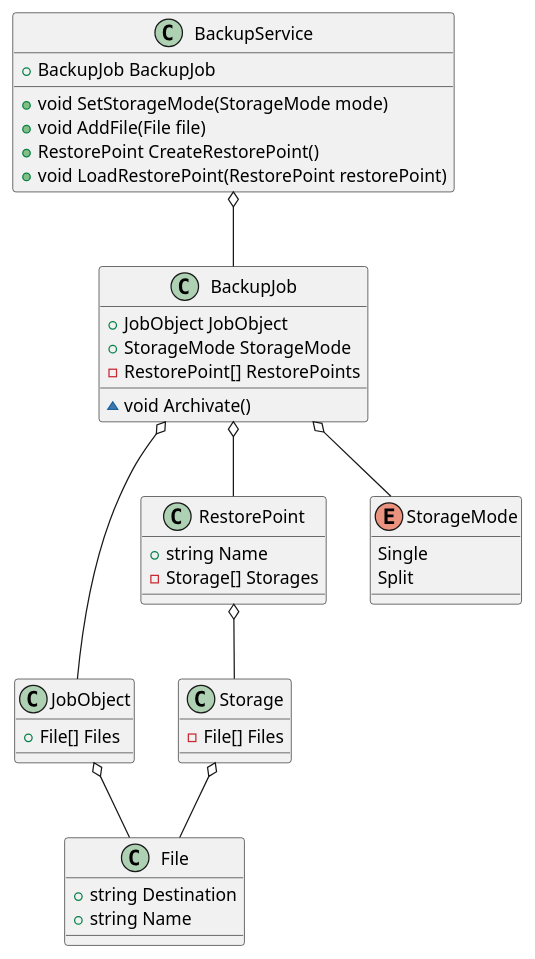
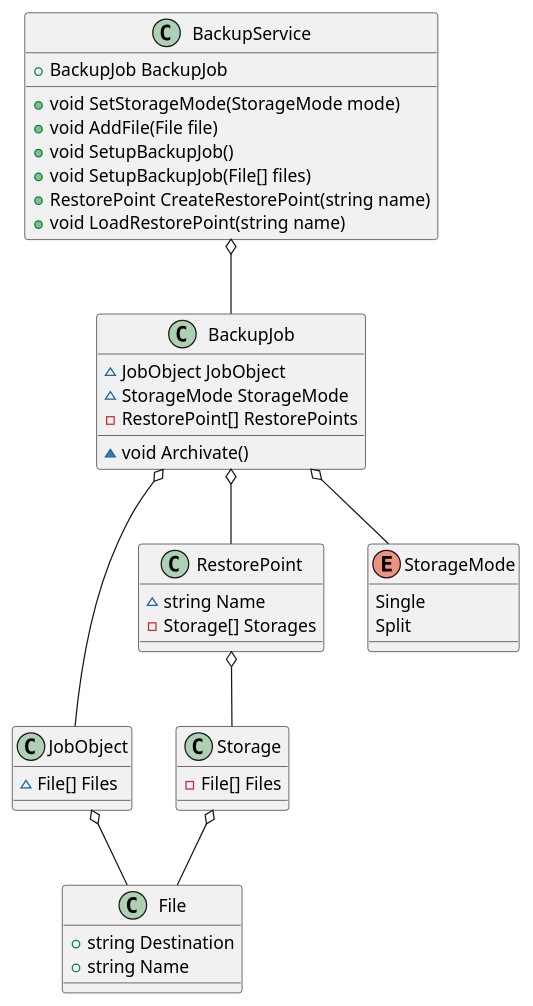
One commit to Ar4eR-ValerA/OOP.IIIsem changed the diagram in Docs/Classes.puml. Above: the diagram before and after it, drawn with PlantUML.

Commit message:
chore: classes uml v1.1

```diff
--- a/Docs/Classes.puml
+++ b/Docs/Classes.puml
@@ -1,51 +1,53 @@
 @startuml
 
 class BackupService {
     + BackupJob BackupJob
     
     + void SetStorageMode(StorageMode mode)
     + void AddFile(File file)
-    + RestorePoint CreateRestorePoint()
-    + void LoadRestorePoint(RestorePoint restorePoint)
+    + void SetupBackupJob()
+    + void SetupBackupJob(File[] files)
+    + RestorePoint CreateRestorePoint(string name)
+    + void LoadRestorePoint(string name)
 }
 
 class BackupJob {
-    + JobObject JobObject
-    + StorageMode StorageMode
+    ~ JobObject JobObject
+    ~ StorageMode StorageMode
     - RestorePoint[] RestorePoints
     
     ~ void Archivate()
 }
 
 class JobObject {
-    + File[] Files
+    ~ File[] Files
 }
 
 class RestorePoint {
-    + string Name
+    ~ string Name
     - Storage[] Storages
 }
 
 class Storage {
     - File[] Files
 }
 
 class File {
     + string Destination
     + string Name
 }
 
 enum StorageMode {
     Single
     Split
 }
 
 BackupService o-- BackupJob
 BackupJob o-- RestorePoint
 RestorePoint o-- Storage
 BackupJob o-- StorageMode
 BackupJob o-- JobObject
 JobObject o-- File
 Storage o-- File
 
 @enduml
```
